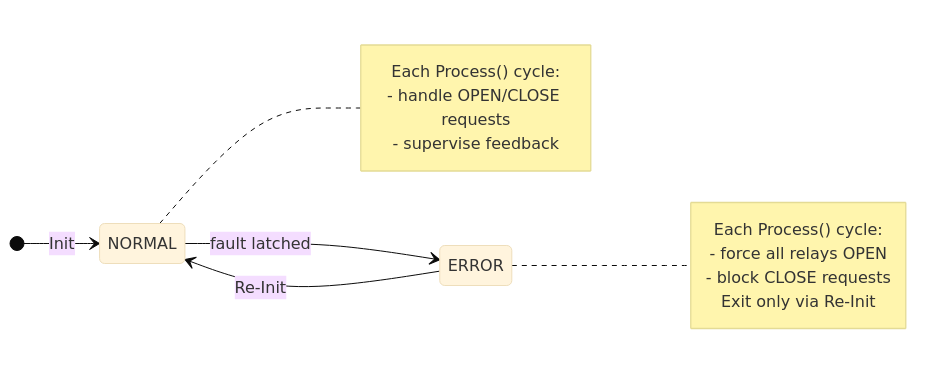
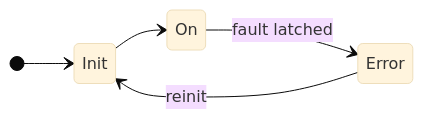
One commit to loncarivona/br_esw_candidate_task changed the second of 4 diagrams in docs/architecture.md. Above: the diagram before and after it, drawn with Mermaid (base theme). The commit also changed other lines of this file and 43 other files, not shown here.

Commit message:
feat: add more plantuml diagrams

````diff
--- a/docs/architecture.md
+++ b/docs/architecture.md
@@ -97,22 +110,9 @@
 ```mermaid
 stateDiagram-v2
     direction LR
 
-    [*] --> NORMAL : Init
-
-    NORMAL --> ERROR : fault latched
-    ERROR --> NORMAL : Re-Init
-
-    note right of NORMAL
-        Each Process() cycle:
-        - handle OPEN/CLOSE requests
-        - supervise feedback
-    end note
-
-    note right of ERROR
-        Each Process() cycle:
-        - force all relays OPEN
-        - block CLOSE requests
-        Exit only via Re-Init
-    end note
+    [*] --> Init
+    Init --> On
+    On --> Error : fault latched
+    Error --> Init : reinit
 ```
````
